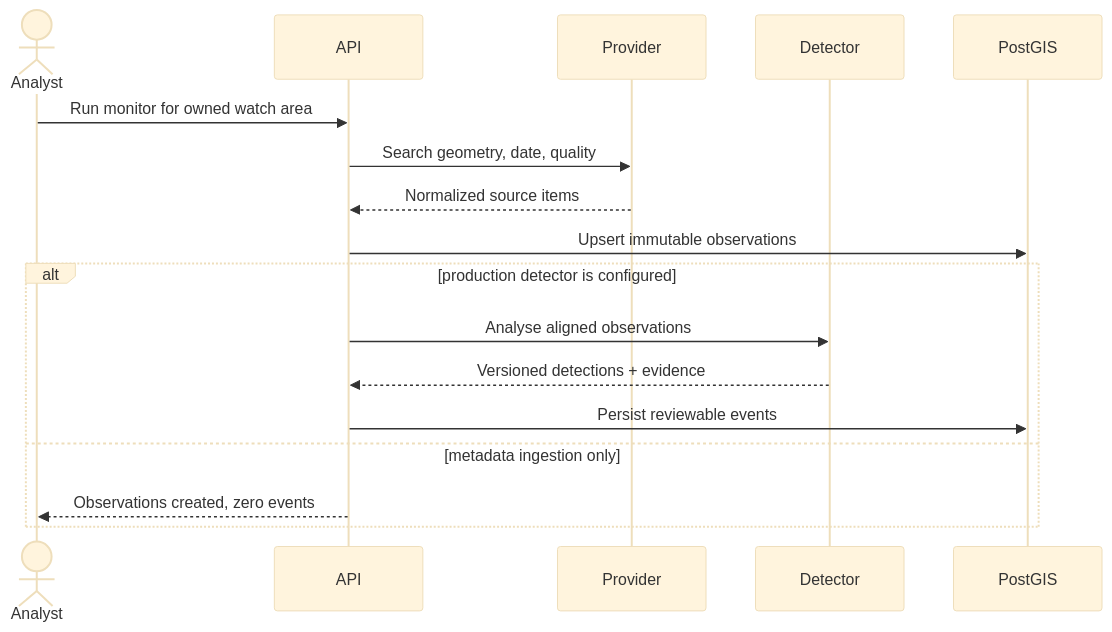
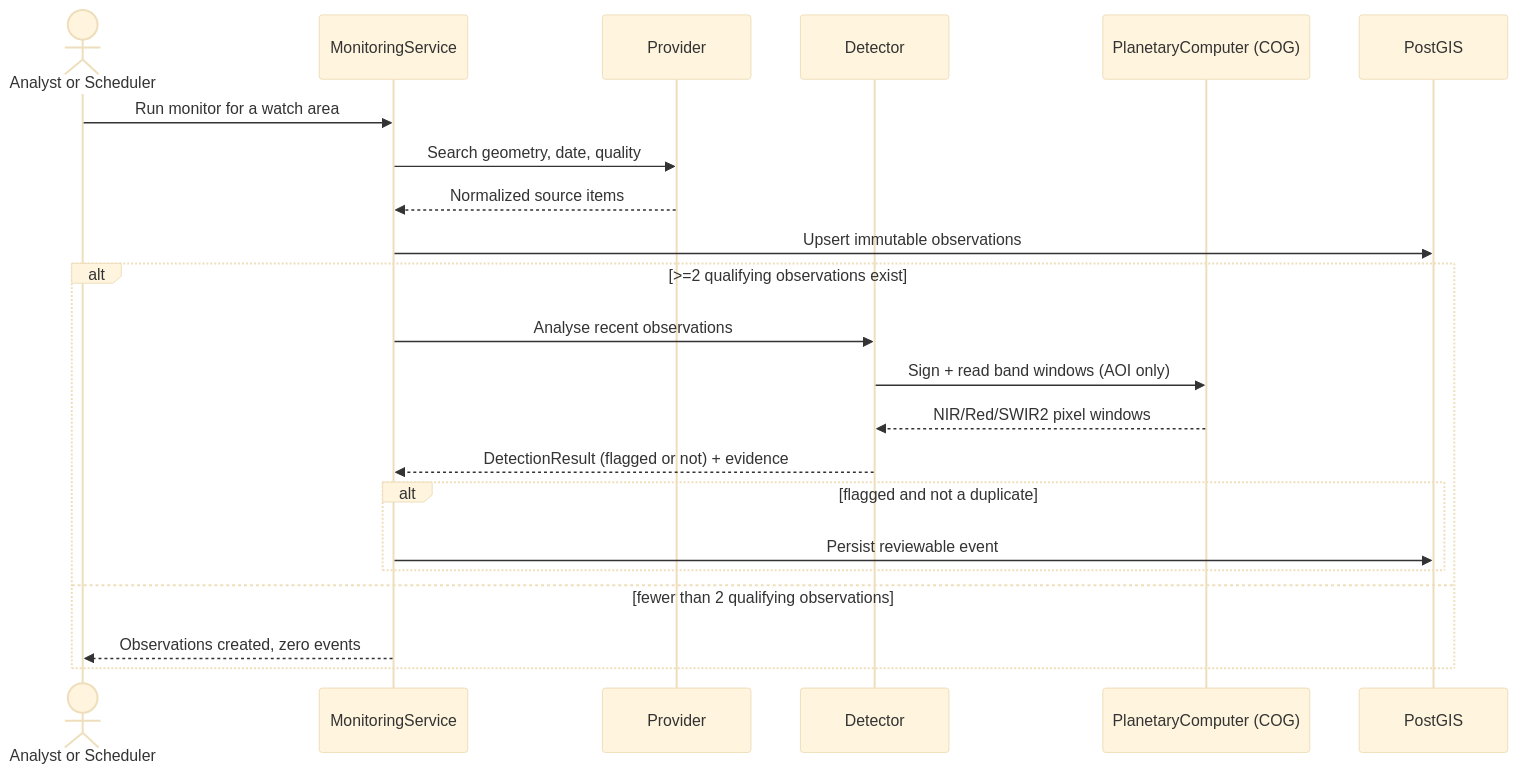
Before and after one commit to p3nicillin/Earth-Monitoring-Assistant: the diagram in docs/architecture.md, drawn with Mermaid (base theme). The commit also changed other lines of this file and 61 other files, not shown here.

````diff
--- a/docs/architecture.md
+++ b/docs/architecture.md
@@ -61,19 +93,24 @@
 ```mermaid
 sequenceDiagram
-    actor Analyst
-    participant API
+    actor Trigger as Analyst or Scheduler
+    participant API as MonitoringService
     participant Provider
     participant Detector
+    participant Raster as PlanetaryComputer (COG)
     participant PostGIS
-    Analyst->>API: Run monitor for owned watch area
+    Trigger->>API: Run monitor for a watch area
     API->>Provider: Search geometry, date, quality
     Provider-->>API: Normalized source items
     API->>PostGIS: Upsert immutable observations
-    alt production detector is configured
-        API->>Detector: Analyse aligned observations
-        Detector-->>API: Versioned detections + evidence
-        API->>PostGIS: Persist reviewable events
-    else metadata ingestion only
-        API-->>Analyst: Observations created, zero events
+    alt >=2 qualifying observations exist
+        API->>Detector: Analyse recent observations
+        Detector->>Raster: Sign + read band windows (AOI only)
+        Raster-->>Detector: NIR/Red/SWIR2 pixel windows
+        Detector-->>API: DetectionResult (flagged or not) + evidence
+        alt flagged and not a duplicate
+            API->>PostGIS: Persist reviewable event
+        end
+    else fewer than 2 qualifying observations
+        API-->>Trigger: Observations created, zero events
     end
 ```
````
